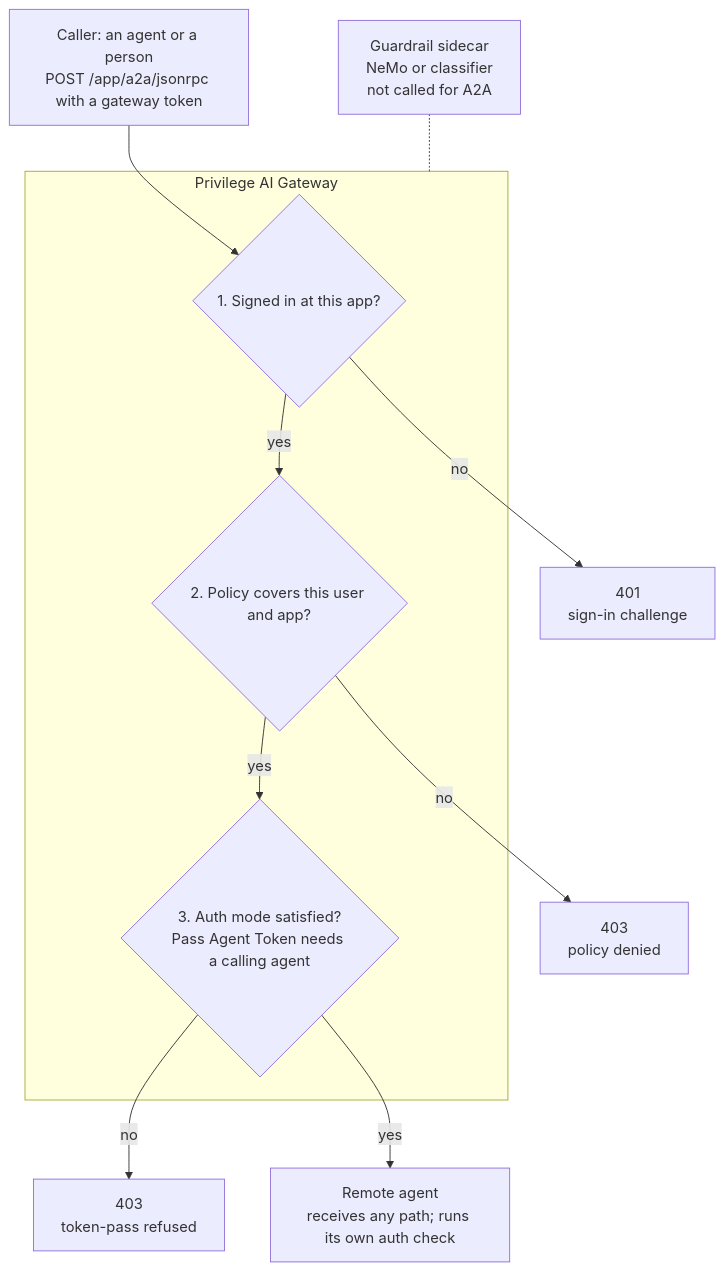
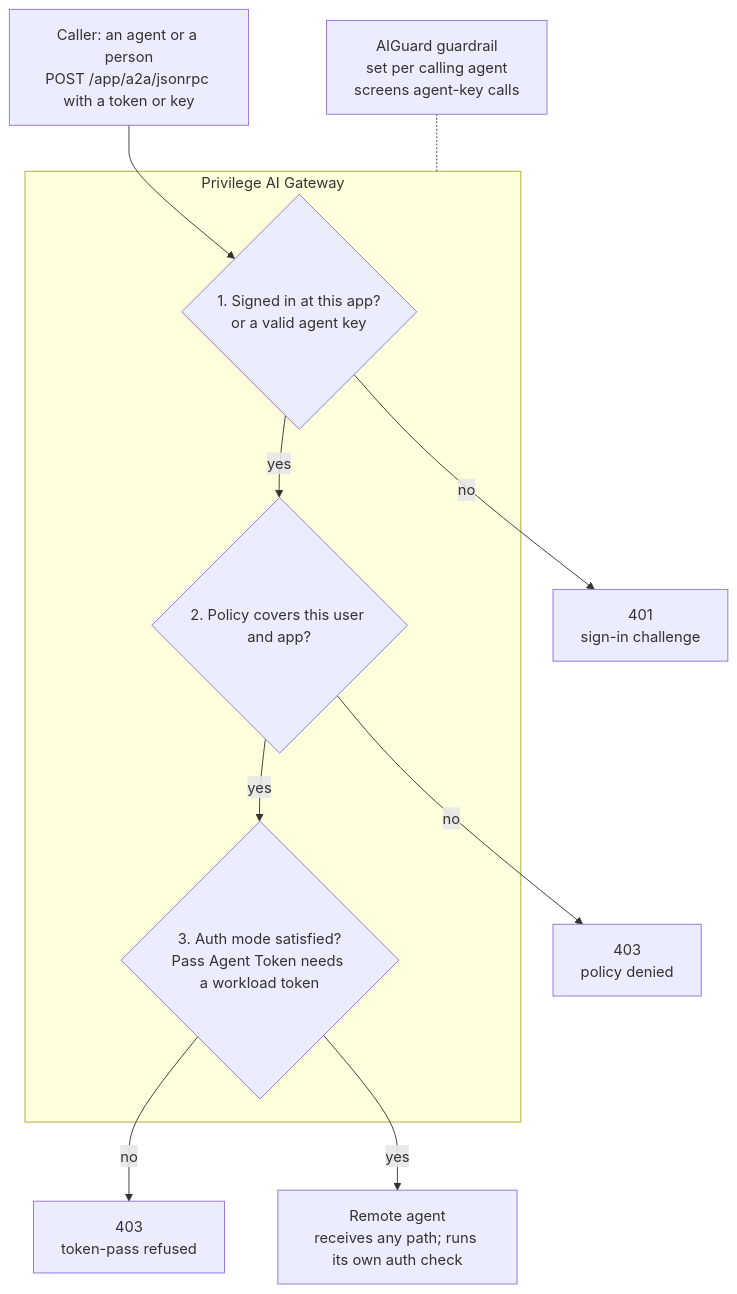
Before and after one commit to curtismu7/AI-DEMO2: the diagram in privilege/GATEWAY-AGENT-TO-AGENT-A2A.md, drawn with Mermaid. The commit also changed other lines of this file and 1 other file, not shown here.

First line of the commit message:
docs(privilege): A2A guide — agent keys, Static Token, AIGuard, direct door

````diff
--- a/privilege/GATEWAY-AGENT-TO-AGENT-A2A.md
+++ b/privilege/GATEWAY-AGENT-TO-AGENT-A2A.md
@@ -56,13 +87,13 @@
 ```mermaid
 flowchart TD
-  caller["Caller: an agent or a person<br/>POST /app/a2a/jsonrpc with a gateway token"] --> c1
+  caller["Caller: an agent or a person<br/>POST /app/a2a/jsonrpc with a token or key"] --> c1
   subgraph gw["Privilege AI Gateway"]
-    c1{"1. Signed in at this app?"} -- yes --> c2{"2. Policy covers this user and app?"}
-    c2 -- yes --> c3{"3. Auth mode satisfied?<br/>Pass Agent Token needs a calling agent"}
+    c1{"1. Signed in at this app?<br/>or a valid agent key"} -- yes --> c2{"2. Policy covers this user and app?"}
+    c2 -- yes --> c3{"3. Auth mode satisfied?<br/>Pass Agent Token needs a workload token"}
   end
   c1 -- no --> r1["401<br/>sign-in challenge"]
   c2 -- no --> r2["403<br/>policy denied"]
   c3 -- no --> r3["403<br/>token-pass refused"]
   c3 -- yes --> agent["Remote agent<br/>receives any path; runs its own auth check"]
-  guard["Guardrail sidecar<br/>NeMo or classifier<br/>not called for A2A"] -.- gw
+  guard["AIGuard guardrail<br/>set per calling agent<br/>screens agent-key calls"] -.- gw
 ```
````
